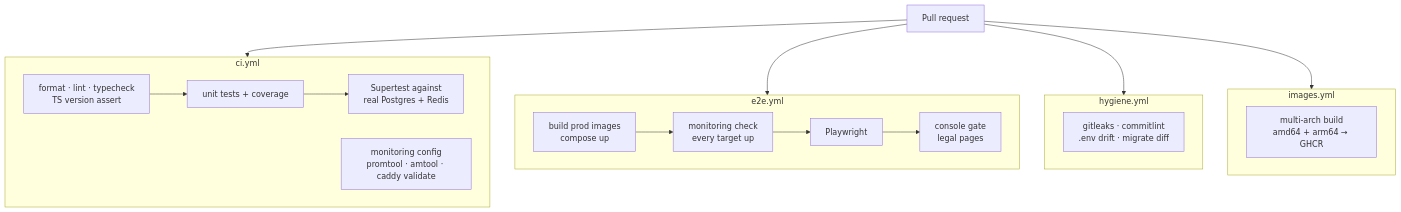
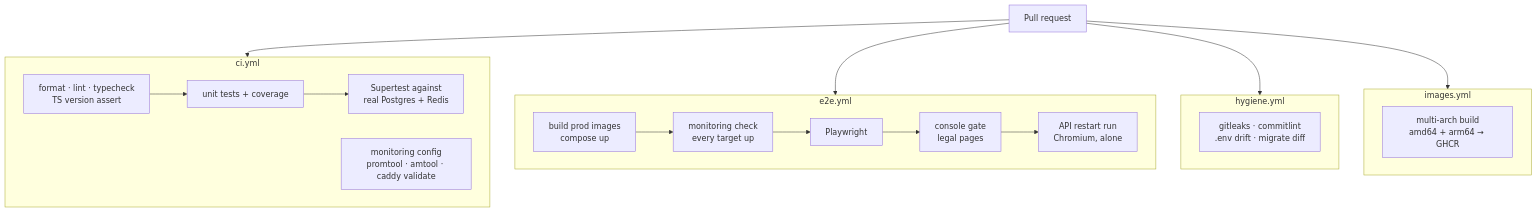
Before and after one commit to VictorBro/ft_transcendence: the sixth of 7 diagrams in docs/ARCHITECTURE.md, drawn with Mermaid. The commit also changed other lines of this file and 51 other files, not shown here.

````diff
--- a/docs/ARCHITECTURE.md
+++ b/docs/ARCHITECTURE.md
@@ -288,21 +364,21 @@
 ```mermaid
 flowchart TB
     pr["Pull request"] --> ci & e2e & hygiene & images
 
     subgraph ci["ci.yml"]
         c1["format · lint · typecheck<br/>TS version assert"] --> c2["unit tests + coverage"] --> c3["Supertest against<br/>real Postgres + Redis"]
         c4["monitoring config<br/>promtool · amtool · caddy validate"]
     end
 
     subgraph e2e["e2e.yml"]
-        e1["build prod images<br/>compose up"] --> em["monitoring check<br/>every target up"] --> e2["Playwright"] --> e3["console gate<br/>legal pages"]
+        e1["build prod images<br/>compose up"] --> em["monitoring check<br/>every target up"] --> e2["Playwright"] --> e3["console gate<br/>legal pages"] --> e4["API restart run<br/>Chromium, alone"]
     end
 
     subgraph hygiene["hygiene.yml"]
         h1["gitleaks · commitlint<br/>.env drift · migrate diff"]
     end
 
     subgraph images["images.yml"]
         i1["multi-arch build<br/>amd64 + arm64 → GHCR"]
     end
 ```
````
